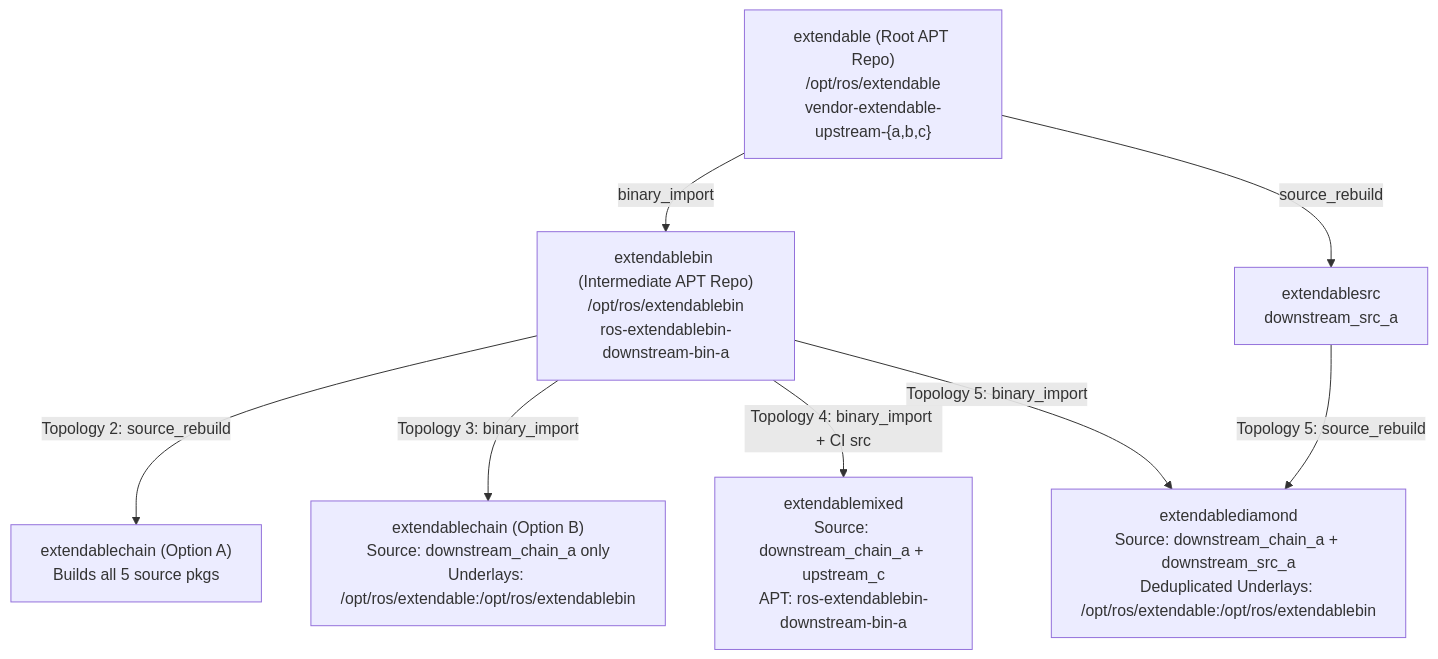
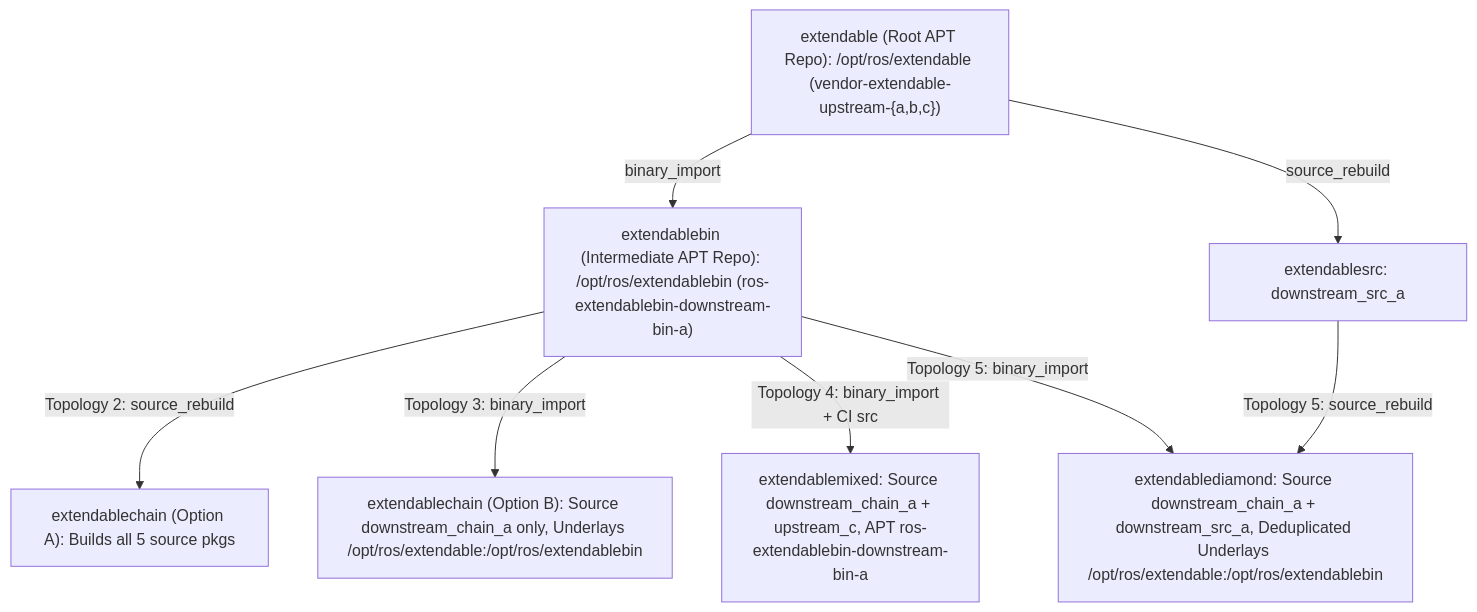
Before and after one commit to KmoM88/rep159-testing: the fifth of 8 diagrams in TOPOLOGICAL_TESTING_EVIDENCE_GIST.md, drawn with Mermaid. The commit also changed other lines of this file and 15 other files, not shown here.

Commit message:
Consolidate Stage 1-6 docs in roadmap/ with Mermaid core vs testbed diagrams, update rollout/PR plans, and sync Gist

````diff
--- a/TOPOLOGICAL_TESTING_EVIDENCE_GIST.md
+++ b/TOPOLOGICAL_TESTING_EVIDENCE_GIST.md
@@ -139,11 +173,11 @@
 ```mermaid
-graph TD
-    E["extendable (Root APT Repo)<br/>/opt/ros/extendable<br/>vendor-extendable-upstream-{a,b,c}"] -->|binary_import| EB["extendablebin (Intermediate APT Repo)<br/>/opt/ros/extendablebin<br/>ros-extendablebin-downstream-bin-a"]
-    E -->|source_rebuild| ES["extendablesrc<br/>downstream_src_a"]
+flowchart TD
+    E["extendable (Root APT Repo): /opt/ros/extendable (vendor-extendable-upstream-{a,b,c})"] -->|binary_import| EB["extendablebin (Intermediate APT Repo): /opt/ros/extendablebin (ros-extendablebin-downstream-bin-a)"]
+    E -->|source_rebuild| ES["extendablesrc: downstream_src_a"]
 
-    EB -->|Topology 2: source_rebuild| T2["extendablechain (Option A)<br/>Builds all 5 source pkgs"]
-    EB -->|Topology 3: binary_import| T3["extendablechain (Option B)<br/>Source: downstream_chain_a only<br/>Underlays: /opt/ros/extendable:/opt/ros/extendablebin"]
-    EB -->|Topology 4: binary_import + CI src| T4["extendablemixed<br/>Source: downstream_chain_a + upstream_c<br/>APT: ros-extendablebin-downstream-bin-a"]
-    EB -->|Topology 5: binary_import| T5["extendablediamond<br/>Source: downstream_chain_a + downstream_src_a<br/>Deduplicated Underlays: /opt/ros/extendable:/opt/ros/extendablebin"]
+    EB -->|Topology 2: source_rebuild| T2["extendablechain (Option A): Builds all 5 source pkgs"]
+    EB -->|Topology 3: binary_import| T3["extendablechain (Option B): Source downstream_chain_a only, Underlays /opt/ros/extendable:/opt/ros/extendablebin"]
+    EB -->|Topology 4: binary_import + CI src| T4["extendablemixed: Source downstream_chain_a + upstream_c, APT ros-extendablebin-downstream-bin-a"]
+    EB -->|Topology 5: binary_import| T5["extendablediamond: Source downstream_chain_a + downstream_src_a, Deduplicated Underlays /opt/ros/extendable:/opt/ros/extendablebin"]
     ES -->|Topology 5: source_rebuild| T5
 ```
````
